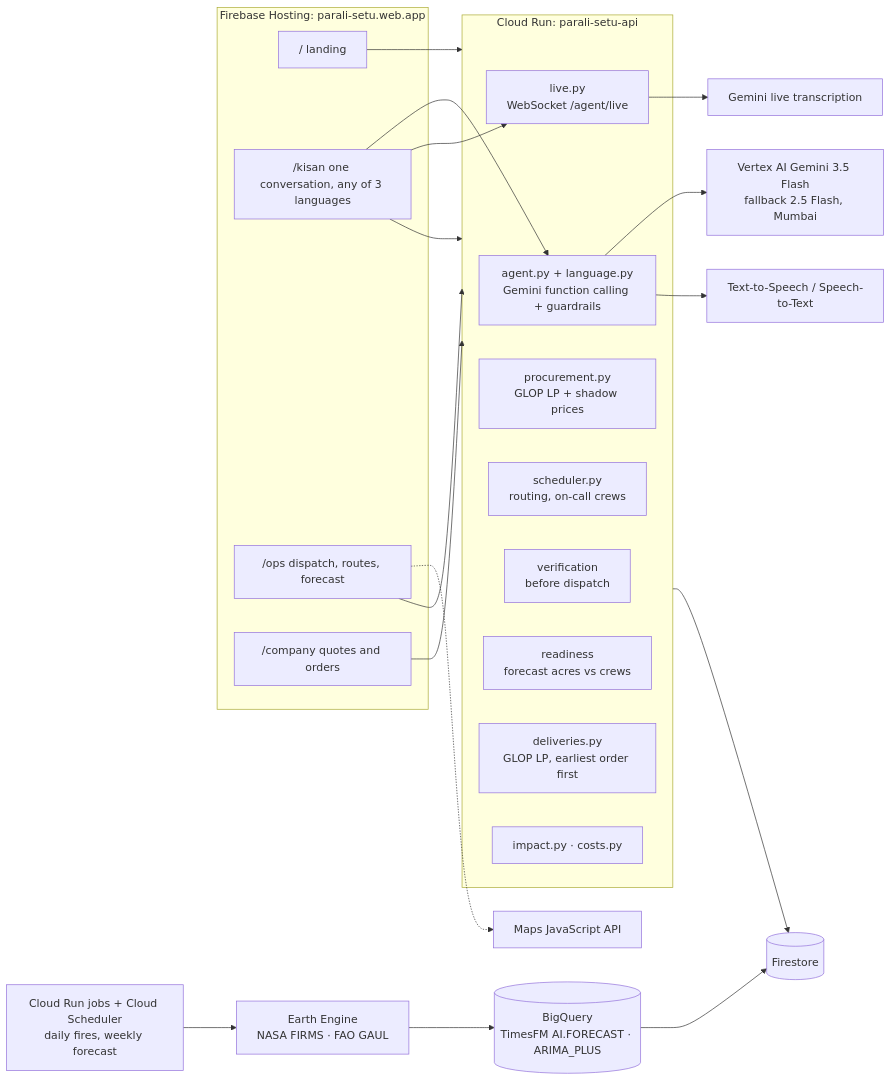
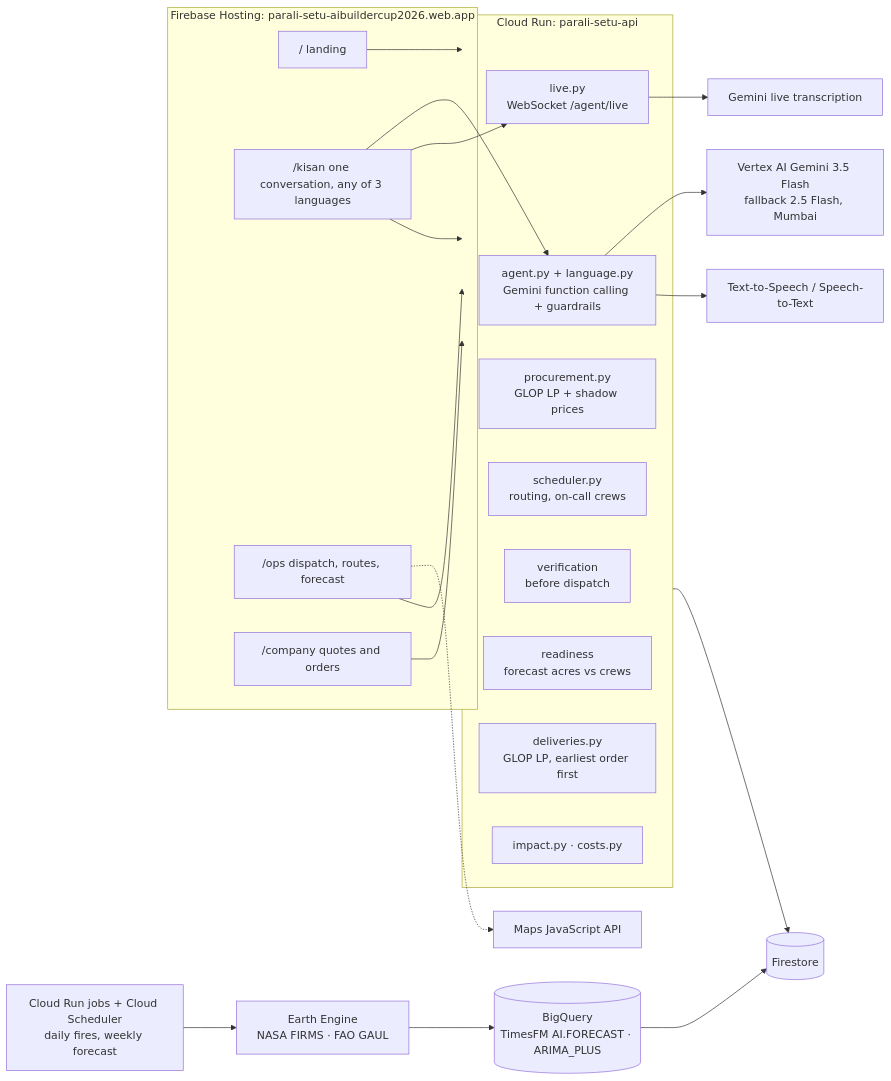
The first of 4 diagrams in docs/ARCHITECTURE.md (PeepSheep99/parali-setu), drawn with Mermaid before and after one commit. The commit also changed 13 other files, not shown here.

First line of the commit message:
Point the project at parali-setu-aibuildercup2026; remove the old project's account, URLs and Maps key

````diff
--- a/docs/ARCHITECTURE.md
+++ b/docs/ARCHITECTURE.md
@@ -23,35 +23,35 @@
 ```mermaid
 flowchart LR
-  subgraph Apps[Firebase Hosting: parali-setu.web.app]
+  subgraph Apps[Firebase Hosting: parali-setu-aibuildercup2026.web.app]
     L["/ landing"]
     K["/kisan one conversation, any of 3 languages"]
     O["/ops dispatch, routes, forecast"]
     C["/company quotes and orders"]
   end
   subgraph Run[Cloud Run: parali-setu-api]
     A[agent.py + language.py<br/>Gemini function calling + guardrails]
     LV[live.py<br/>WebSocket /agent/live]
     P[procurement.py<br/>GLOP LP + shadow prices]
     S[scheduler.py<br/>routing, on-call crews]
     VF[verification<br/>before dispatch]
     R[readiness<br/>forecast acres vs crews]
     D[deliveries.py<br/>GLOP LP, earliest order first]
     I[impact.py · costs.py]
   end
   G[Vertex AI Gemini 3.5 Flash<br/>fallback 2.5 Flash, Mumbai]
   GL[Gemini live transcription]
   V[Text-to-Speech / Speech-to-Text]
   F[(Firestore)]
   BQ[(BigQuery<br/>TimesFM AI.FORECAST · ARIMA_PLUS)]
   EE[Earth Engine<br/>NASA FIRMS · FAO GAUL]
   J[Cloud Run jobs + Cloud Scheduler<br/>daily fires, weekly forecast]
   M[Maps JavaScript API]
   K --> A
   K --> LV --> GL
   K & O & C & L --> Run
   A --> G & V
   Run --> F
   EE --> BQ --> F
   J --> EE
   O -.-> M
 ```
````
